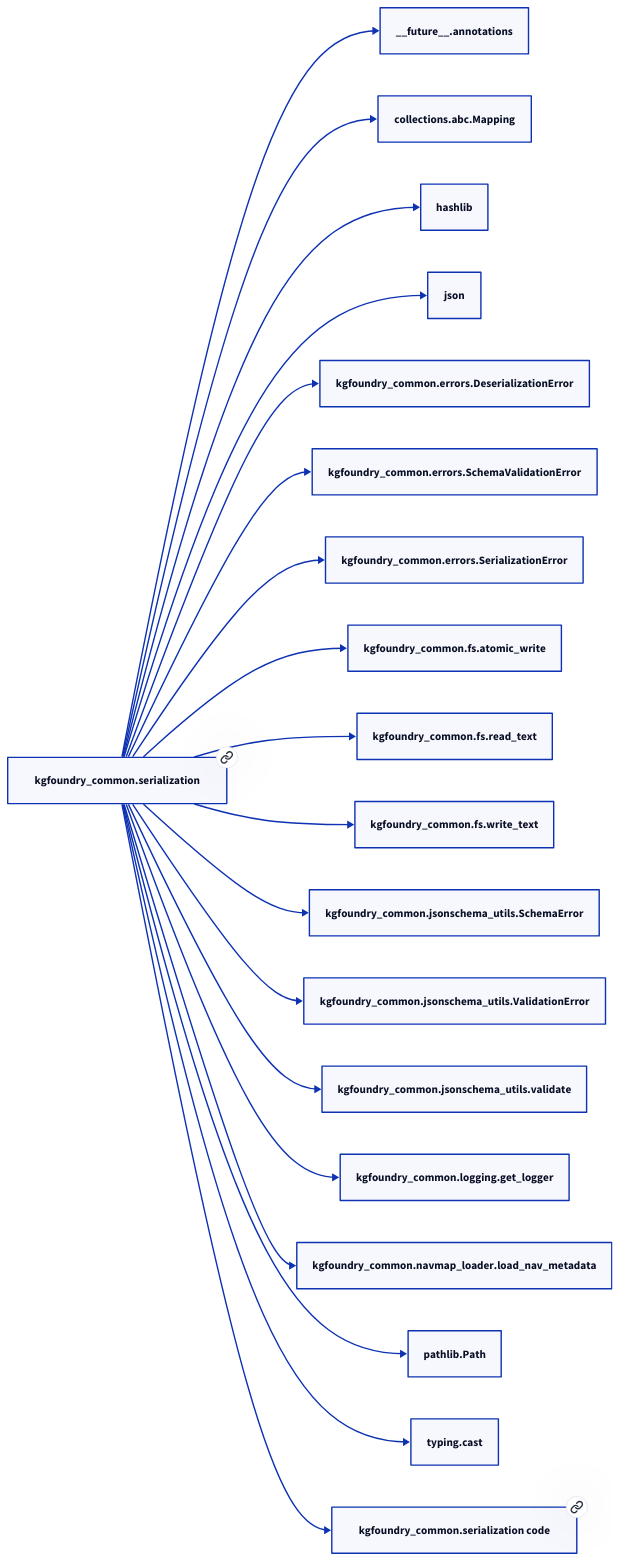
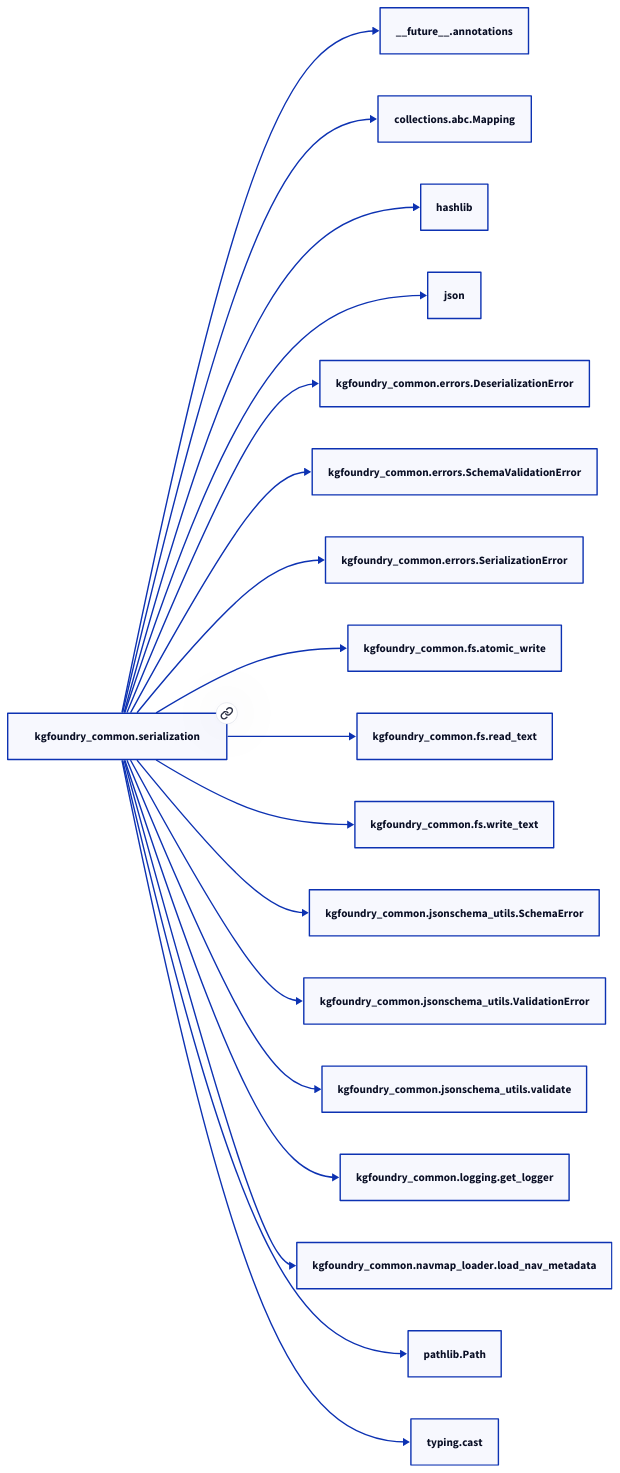
One commit to paul-heyse/kgforge changed the diagram in docs/modules/kgfoundry_common/serialization.md. Above: the diagram before and after it, drawn with D2. The commit also changed other lines of this file and 118 other files, not shown here.

````diff
--- a/docs/modules/kgfoundry_common/serialization.md
+++ b/docs/modules/kgfoundry_common/serialization.md
@@ -65,40 +63,38 @@
 ```d2
 direction: right
-"kgfoundry_common.serialization": "kgfoundry_common.serialization" { link: "./kgfoundry_common/serialization.md" }
+"kgfoundry_common.serialization": "kgfoundry_common.serialization" { link: "serialization.md" }
 "__future__.annotations": "__future__.annotations"
 "kgfoundry_common.serialization" -> "__future__.annotations"
 "collections.abc.Mapping": "collections.abc.Mapping"
 "kgfoundry_common.serialization" -> "collections.abc.Mapping"
 "hashlib": "hashlib"
 "kgfoundry_common.serialization" -> "hashlib"
 "json": "json"
 "kgfoundry_common.serialization" -> "json"
 "kgfoundry_common.errors.DeserializationError": "kgfoundry_common.errors.DeserializationError"
 "kgfoundry_common.serialization" -> "kgfoundry_common.errors.DeserializationError"
 "kgfoundry_common.errors.SchemaValidationError": "kgfoundry_common.errors.SchemaValidationError"
 "kgfoundry_common.serialization" -> "kgfoundry_common.errors.SchemaValidationError"
 "kgfoundry_common.errors.SerializationError": "kgfoundry_common.errors.SerializationError"
 "kgfoundry_common.serialization" -> "kgfoundry_common.errors.SerializationError"
 "kgfoundry_common.fs.atomic_write": "kgfoundry_common.fs.atomic_write"
 "kgfoundry_common.serialization" -> "kgfoundry_common.fs.atomic_write"
 "kgfoundry_common.fs.read_text": "kgfoundry_common.fs.read_text"
 "kgfoundry_common.serialization" -> "kgfoundry_common.fs.read_text"
 "kgfoundry_common.fs.write_text": "kgfoundry_common.fs.write_text"
 "kgfoundry_common.serialization" -> "kgfoundry_common.fs.write_text"
 "kgfoundry_common.jsonschema_utils.SchemaError": "kgfoundry_common.jsonschema_utils.SchemaError"
 "kgfoundry_common.serialization" -> "kgfoundry_common.jsonschema_utils.SchemaError"
 "kgfoundry_common.jsonschema_utils.ValidationError": "kgfoundry_common.jsonschema_utils.ValidationError"
 "kgfoundry_common.serialization" -> "kgfoundry_common.jsonschema_utils.ValidationError"
 "kgfoundry_common.jsonschema_utils.validate": "kgfoundry_common.jsonschema_utils.validate"
 "kgfoundry_common.serialization" -> "kgfoundry_common.jsonschema_utils.validate"
 "kgfoundry_common.logging.get_logger": "kgfoundry_common.logging.get_logger"
 "kgfoundry_common.serialization" -> "kgfoundry_common.logging.get_logger"
 "kgfoundry_common.navmap_loader.load_nav_metadata": "kgfoundry_common.navmap_loader.load_nav_metadata"
 "kgfoundry_common.serialization" -> "kgfoundry_common.navmap_loader.load_nav_metadata"
 "pathlib.Path": "pathlib.Path"
 "kgfoundry_common.serialization" -> "pathlib.Path"
 "typing.cast": "typing.cast"
 "kgfoundry_common.serialization" -> "typing.cast"
-"kgfoundry_common.serialization_code": "kgfoundry_common.serialization code" { link: "https://github.com/kgfoundry/kgfoundry/blob/main/src/kgfoundry_common/serialization.py" }
-"kgfoundry_common.serialization" -> "kgfoundry_common.serialization_code" { style: dashed }
 ```
````
